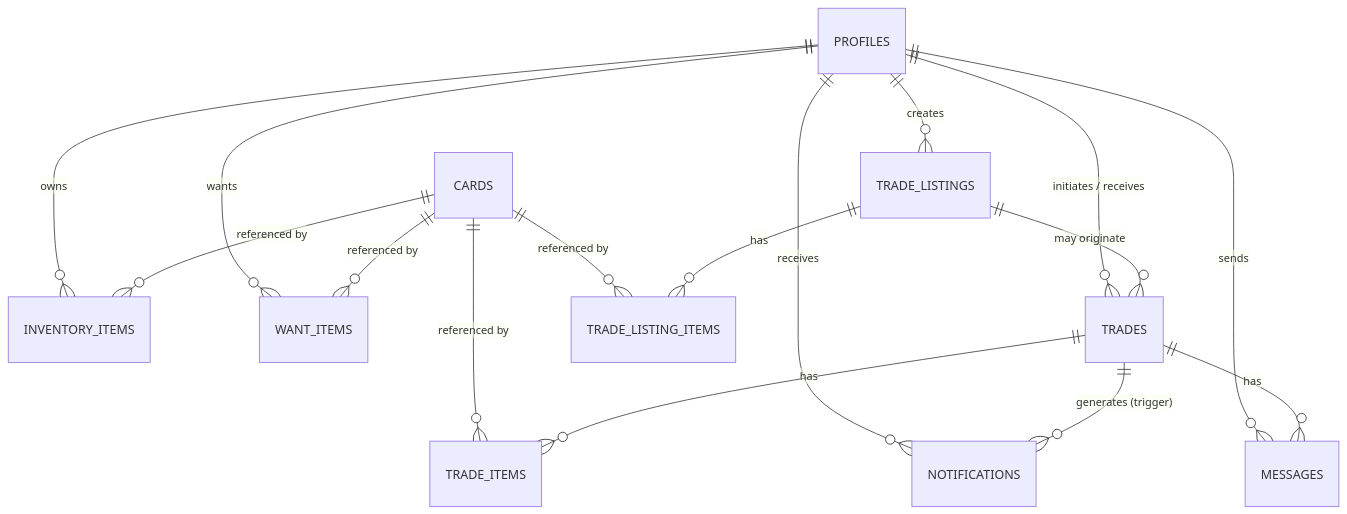
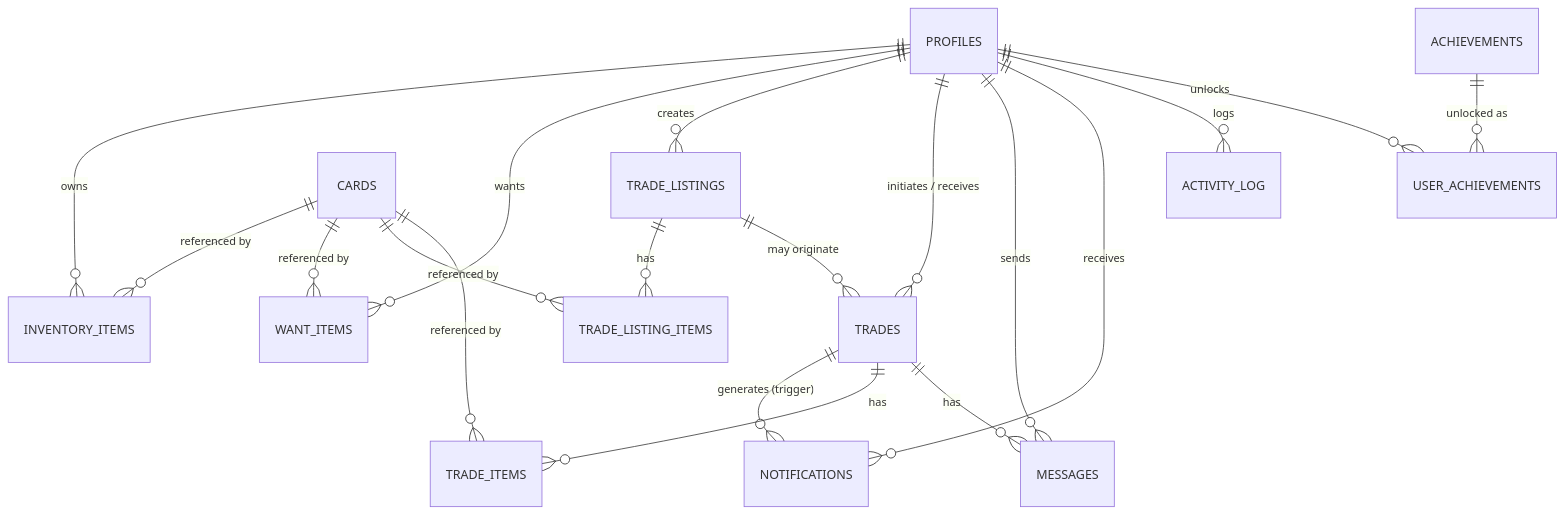
Before and after one commit to bhuwan18/Bitts_attax: the diagram in DATABASE_SCHEMA.md, drawn with Mermaid. The commit also changed other lines of this file and 80 other files, not shown here.

````diff
--- a/DATABASE_SCHEMA.md
+++ b/DATABASE_SCHEMA.md
@@ -29,18 +35,21 @@
 ```mermaid
 erDiagram
     PROFILES ||--o{ INVENTORY_ITEMS : owns
     PROFILES ||--o{ WANT_ITEMS : wants
     PROFILES ||--o{ TRADE_LISTINGS : creates
     PROFILES ||--o{ TRADES : "initiates / receives"
     PROFILES ||--o{ MESSAGES : sends
     PROFILES ||--o{ NOTIFICATIONS : receives
     TRADES ||--o{ NOTIFICATIONS : "generates (trigger)"
     CARDS ||--o{ INVENTORY_ITEMS : "referenced by"
     CARDS ||--o{ WANT_ITEMS : "referenced by"
     CARDS ||--o{ TRADE_LISTING_ITEMS : "referenced by"
     CARDS ||--o{ TRADE_ITEMS : "referenced by"
     TRADE_LISTINGS ||--o{ TRADE_LISTING_ITEMS : has
     TRADE_LISTINGS ||--o{ TRADES : "may originate"
     TRADES ||--o{ TRADE_ITEMS : has
     TRADES ||--o{ MESSAGES : has
+    PROFILES ||--o{ ACTIVITY_LOG : logs
+    PROFILES ||--o{ USER_ACHIEVEMENTS : unlocks
+    ACHIEVEMENTS ||--o{ USER_ACHIEVEMENTS : "unlocked as"
 ```
````
